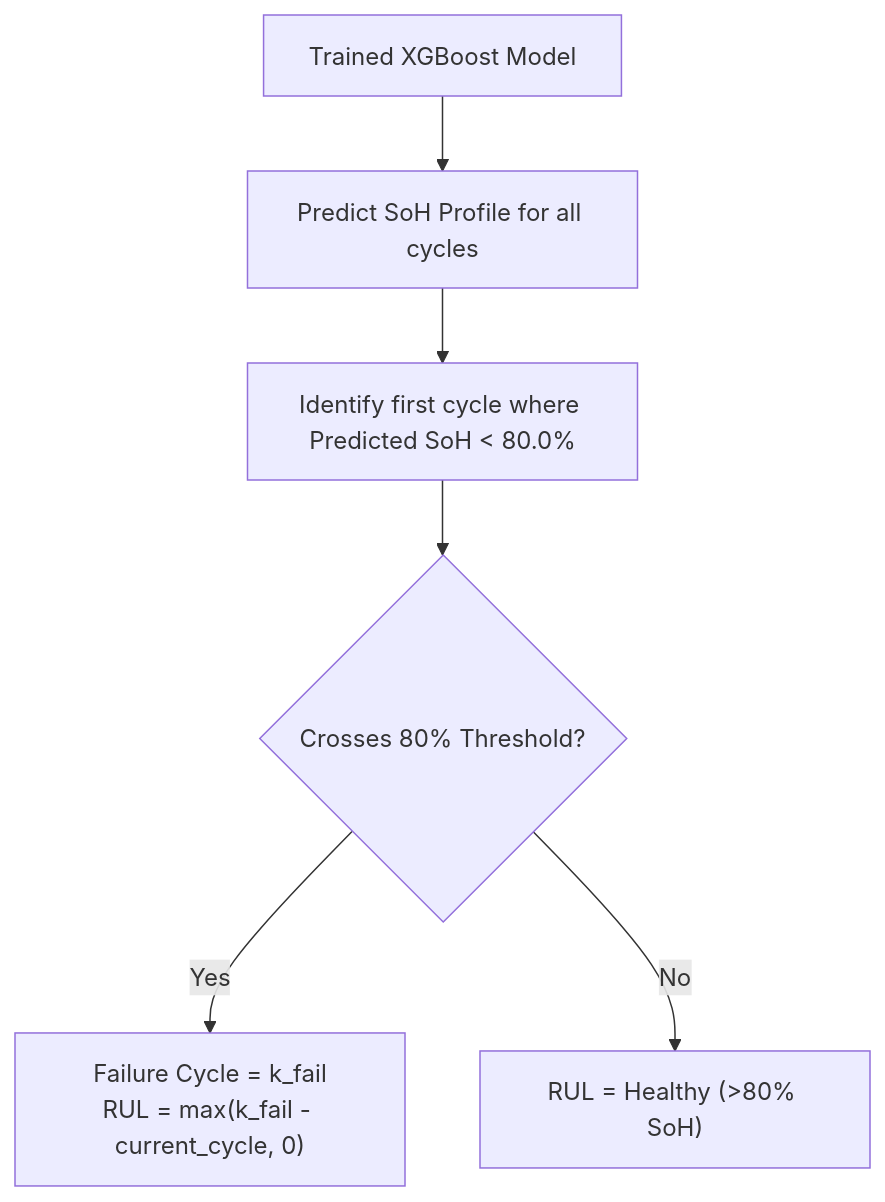
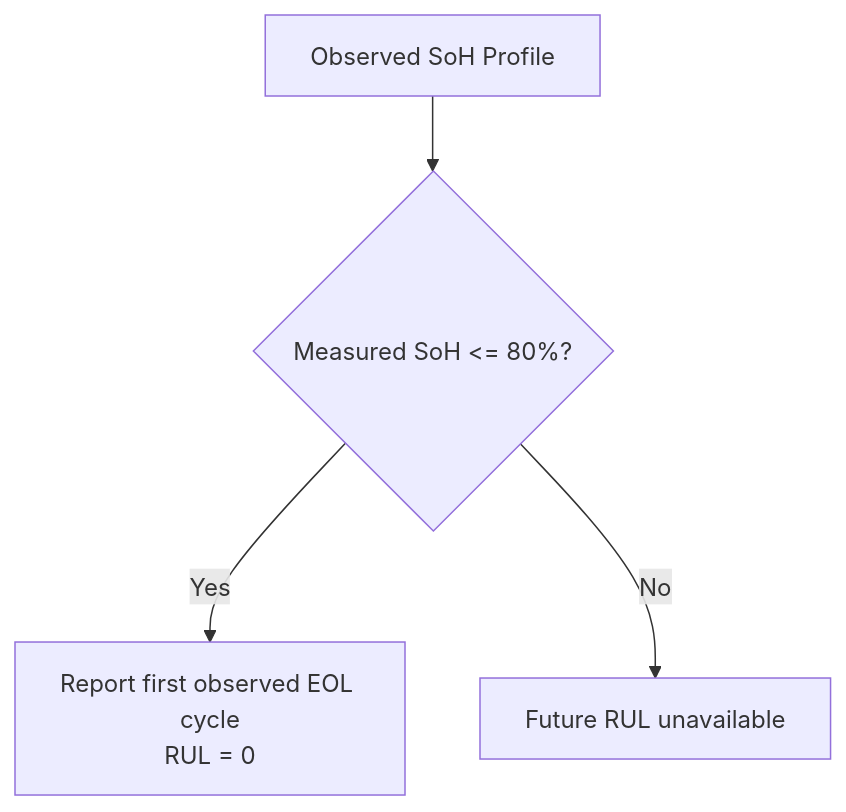
The diagram in docs/METHODOLOGY.md (Baliji-Niroop/EV-Battery-Health-Predictor), drawn with Mermaid before and after one commit. The commit also changed other lines of this file and 32 other files, not shown here.

````diff
--- a/docs/METHODOLOGY.md
+++ b/docs/METHODOLOGY.md
@@ -60,8 +60,6 @@
 ```mermaid
 flowchart TD
-    A["Trained XGBoost Model"] --> B["Predict SoH Profile for all cycles"]
-    B --> C["Identify first cycle where Predicted SoH < 80.0%"]
-    C --> D{"Crosses 80% Threshold?"}
-    D -- Yes --> E["Failure Cycle = k_fail<br/>RUL = max(k_fail - current_cycle, 0)"]
-    D -- No --> F["RUL = Healthy (>80% SoH)"]
+    A["Observed SoH Profile"] --> B{"Measured SoH <= 80%?"}
+    B -- Yes --> C["Report first observed EOL cycle<br/>RUL = 0"]
+    B -- No --> D["Future RUL unavailable"]
 ```
````
